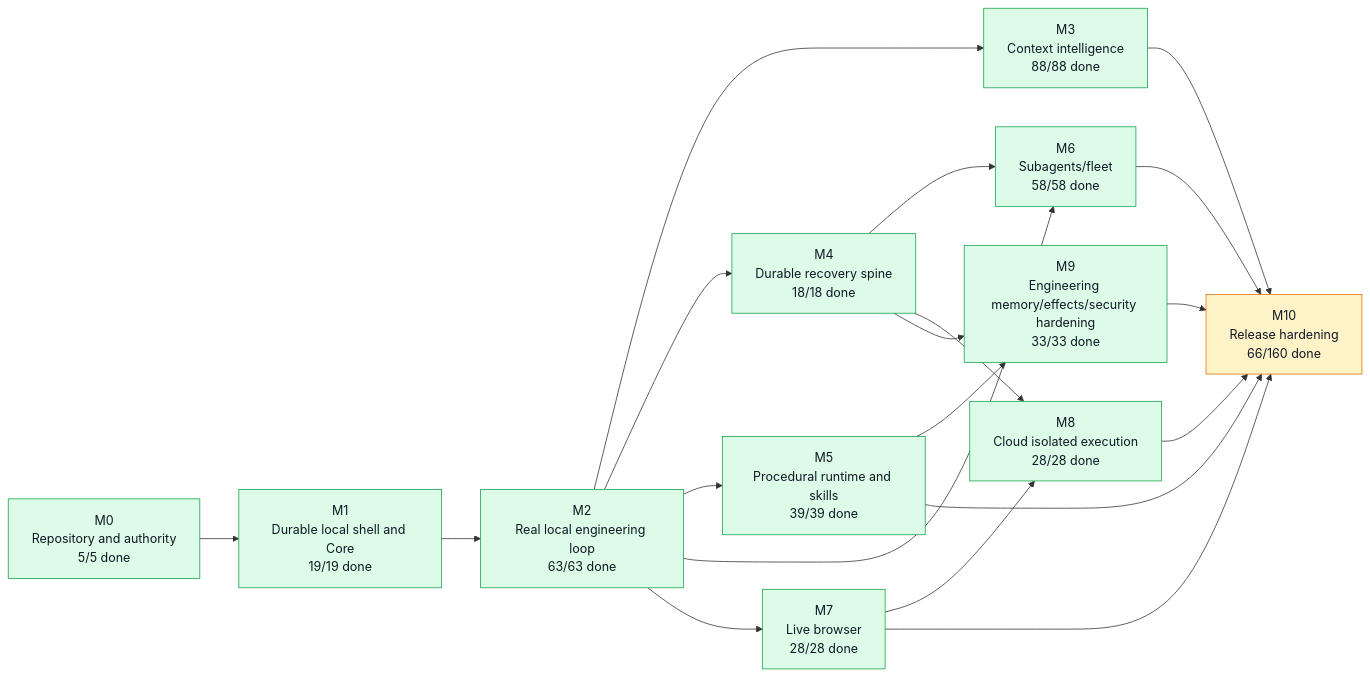
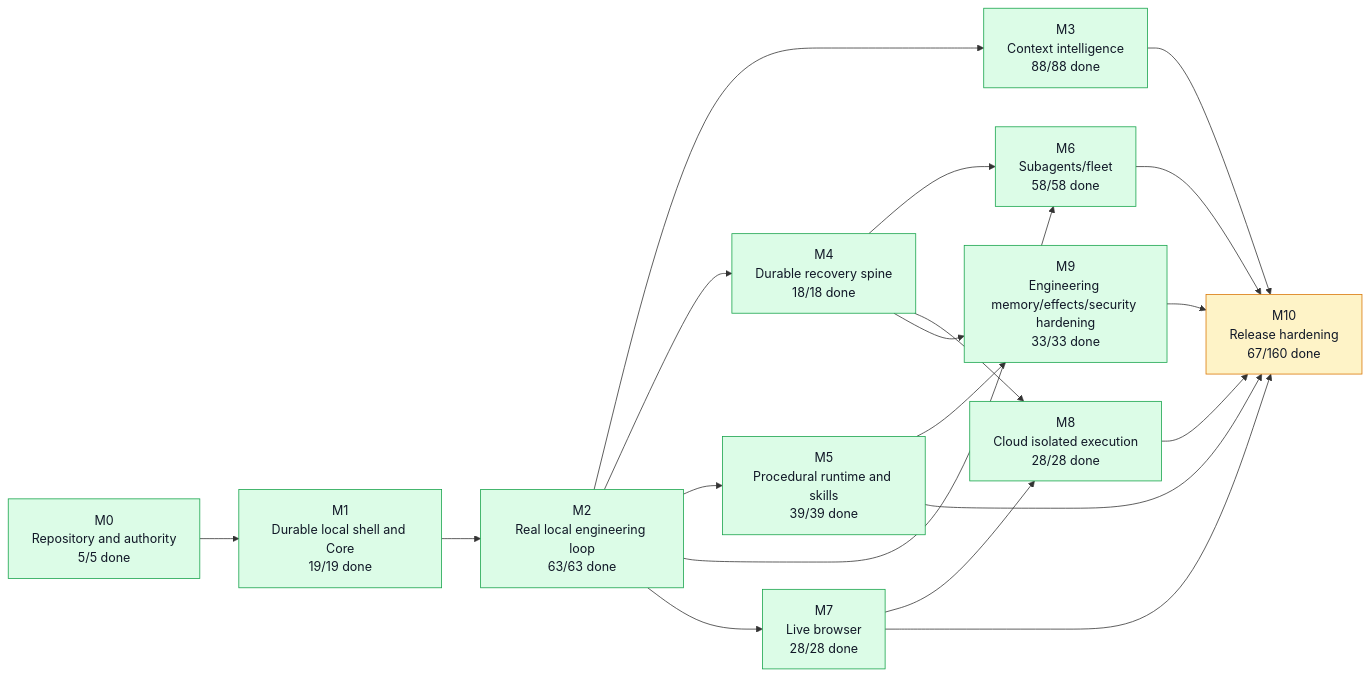
The first of 5 diagrams in graph/PROJECT_GRAPH.md (moss101/modbit), drawn with Mermaid before and after one commit. The commit also changed other lines of this file and 5 other files, not shown here.

````diff
--- a/graph/PROJECT_GRAPH.md
+++ b/graph/PROJECT_GRAPH.md
@@ -57,43 +57,43 @@
 ```mermaid
 flowchart LR
   M0["M0<br/>Repository and authority<br/>5/5 done"]
   M1["M1<br/>Durable local shell and Core<br/>19/19 done"]
   M2["M2<br/>Real local engineering loop<br/>63/63 done"]
   M3["M3<br/>Context intelligence<br/>88/88 done"]
   M4["M4<br/>Durable recovery spine<br/>18/18 done"]
   M5["M5<br/>Procedural runtime and skills<br/>39/39 done"]
   M6["M6<br/>Subagents/fleet<br/>58/58 done"]
   M7["M7<br/>Live browser<br/>28/28 done"]
   M8["M8<br/>Cloud isolated execution<br/>28/28 done"]
   M9["M9<br/>Engineering memory/effects/security hardening<br/>33/33 done"]
-  M10["M10<br/>Release hardening<br/>66/160 done"]
+  M10["M10<br/>Release hardening<br/>67/160 done"]
   M0 --> M1
   M1 --> M2
   M2 --> M3
   M2 --> M4
   M2 --> M5
   M2 --> M6
   M4 --> M6
   M2 --> M7
   M4 --> M8
   M7 --> M8
   M4 --> M9
   M5 --> M9
   M3 --> M10
   M5 --> M10
   M6 --> M10
   M7 --> M10
   M8 --> M10
   M9 --> M10
   style M0 fill:#dcfce7,stroke:#16a34a,color:#111827
   style M1 fill:#dcfce7,stroke:#16a34a,color:#111827
   style M2 fill:#dcfce7,stroke:#16a34a,color:#111827
   style M3 fill:#dcfce7,stroke:#16a34a,color:#111827
   style M4 fill:#dcfce7,stroke:#16a34a,color:#111827
   style M5 fill:#dcfce7,stroke:#16a34a,color:#111827
   style M6 fill:#dcfce7,stroke:#16a34a,color:#111827
   style M7 fill:#dcfce7,stroke:#16a34a,color:#111827
   style M8 fill:#dcfce7,stroke:#16a34a,color:#111827
   style M9 fill:#dcfce7,stroke:#16a34a,color:#111827
   style M10 fill:#fef3c7,stroke:#d97706,color:#111827
 ```
````
